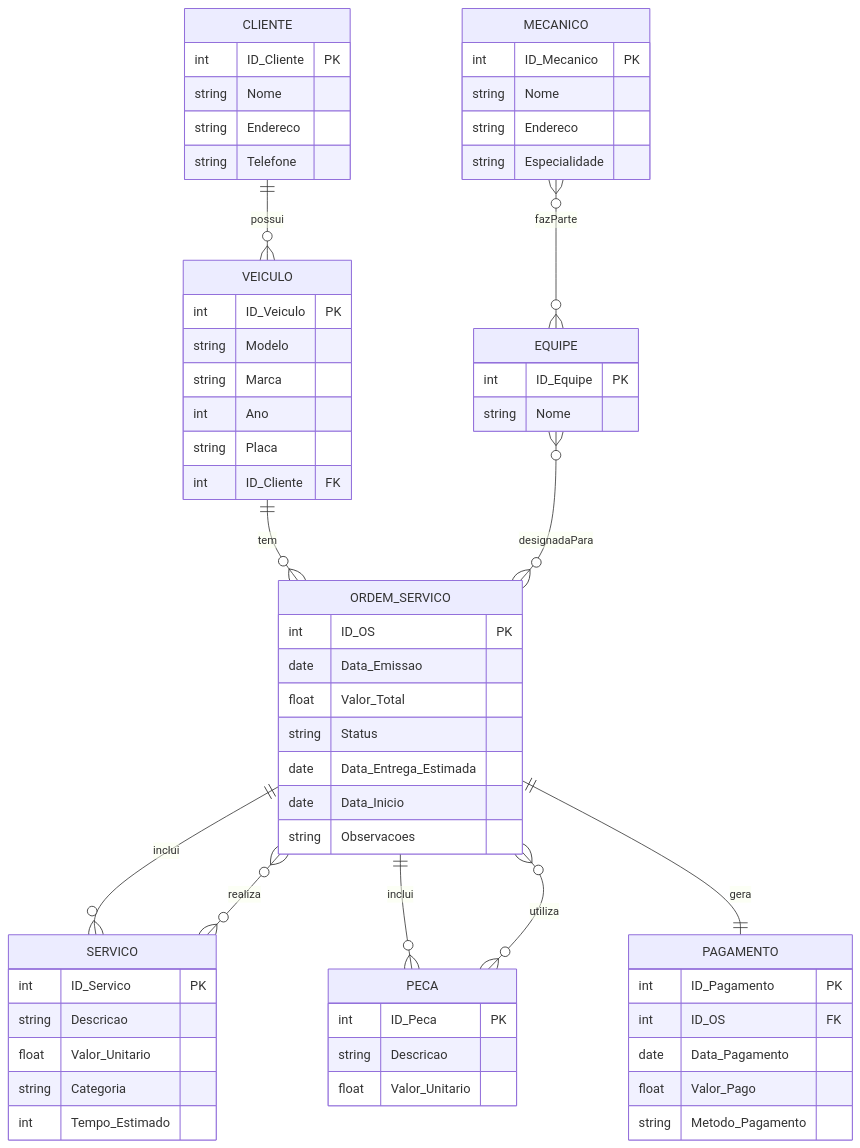
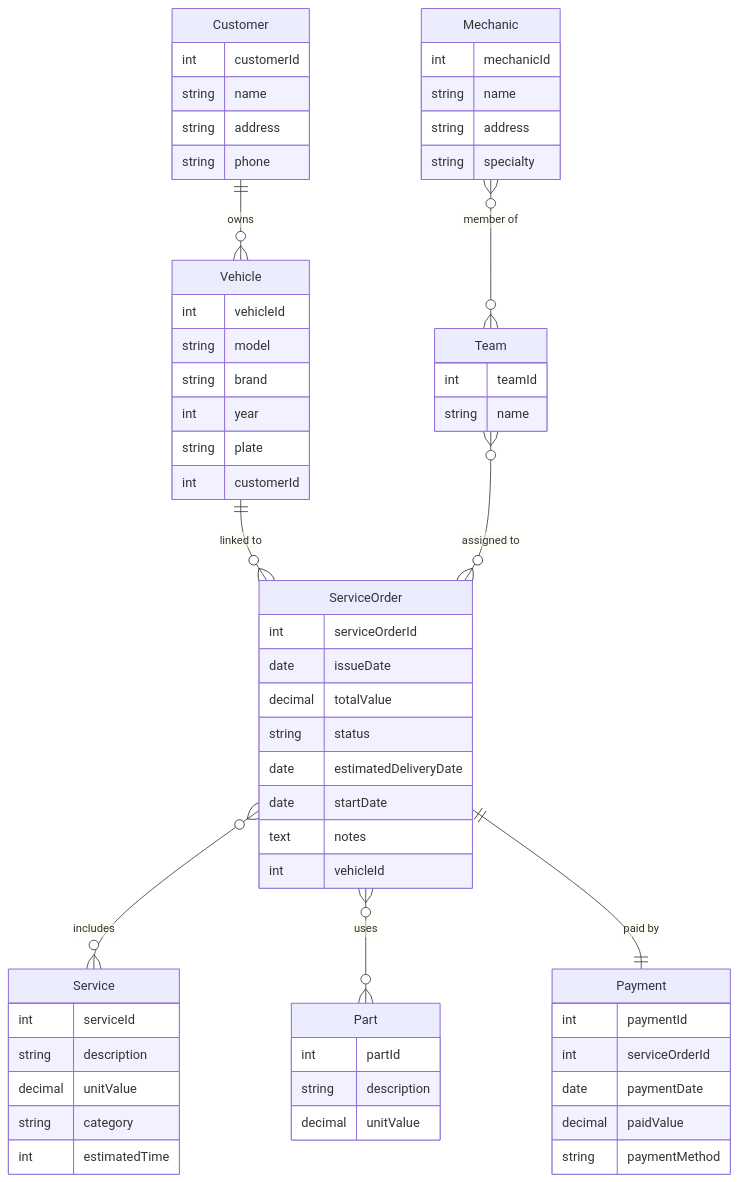
Before and after one commit to solozabal/dio-heineken-bootcamp-conceptual-schema-database: the diagram in README.md, drawn with Mermaid. The commit also changed other lines of this file, not shown here.

````diff
--- a/README.md
+++ b/README.md
@@ -100,72 +15,64 @@
 ```mermaid
 erDiagram
-    CLIENTE {
-        int ID_Cliente PK
-        string Nome
-        string Endereco
-        string Telefone
+    Customer {
+        int customerId
+        string name
+        string address
+        string phone
+    }
+    Vehicle {
+        int vehicleId
+        string model
+        string brand
+        int year
+        string plate
+        int customerId
+    }
+    Mechanic {
+        int mechanicId
+        string name
+        string address
+        string specialty
+    }
+    Team {
+        int teamId
+        string name
+    }
+    ServiceOrder {
+        int serviceOrderId
+        date issueDate
+        decimal totalValue
+        string status
+        date estimatedDeliveryDate
+        date startDate
+        text notes
+        int vehicleId
+    }
+    Service {
+        int serviceId
+        string description
+        decimal unitValue
+        string category
+        int estimatedTime
+    }
+    Part {
+        int partId
+        string description
+        decimal unitValue
+    }
+    Payment {
+        int paymentId
+        int serviceOrderId
+        date paymentDate
+        decimal paidValue
+        string paymentMethod
     }
 
-    VEICULO {
-        int ID_Veiculo PK
-        string Modelo
-        string Marca
-        int Ano
-        string Placa
-        int ID_Cliente FK
-    }
-
-    MECANICO {
-        int ID_Mecanico PK
-        string Nome
-        string Endereco
-        string Especialidade
-    }
-
-    EQUIPE {
-        int ID_Equipe PK
-        string Nome
-    }
-
-    ORDEM_SERVICO {
-        int ID_OS PK
-        date Data_Emissao
-        float Valor_Total
-        string Status
-        date Data_Entrega_Estimada
-        date Data_Inicio
-        string Observacoes
-    }
-
-    SERVICO {
-        int ID_Servico PK
-        string Descricao
-        float Valor_Unitario
-        string Categoria
-        int Tempo_Estimado
-    }
-
-    PECA {
-        int ID_Peca PK
-        string Descricao
-        float Valor_Unitario
-    }
-
-    PAGAMENTO {
-        int ID_Pagamento PK
-        int ID_OS FK
-        date Data_Pagamento
-        float Valor_Pago
-        string Metodo_Pagamento
-    }
-
-    CLIENTE ||--o{ VEICULO : possui
-    VEICULO ||--o{ ORDEM_SERVICO : tem
-    ORDEM_SERVICO ||--o{ SERVICO : inclui
-    SERVICO }o--o{ ORDEM_SERVICO : realiza 
-    ORDEM_SERVICO ||--o{ PECA : inclui 
-    PECA }o--o{ ORDEM_SERVICO : utiliza 
-    ORDEM_SERVICO ||--|| PAGAMENTO : gera 
-    MECANICO }o--o{ EQUIPE : fazParte 
-    EQUIPE }o--o{ ORDEM_SERVICO : designadaPara 
+    Customer ||--o{ Vehicle : "owns"
+    Vehicle ||--o{ ServiceOrder : "linked to"
+    ServiceOrder }o--o{ Service : "includes"
+    ServiceOrder }o--o{ Part : "uses"
+    ServiceOrder ||--|| Payment : "paid by"
+    Mechanic }o--o{ Team : "member of"
+    Team }o--o{ ServiceOrder : "assigned to"
 ```
````
